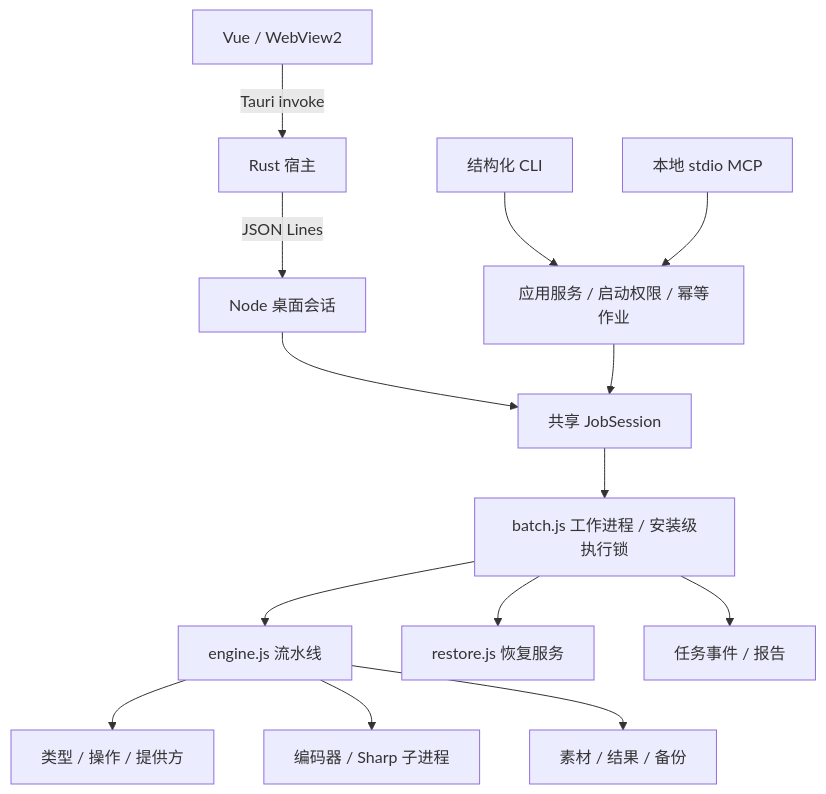
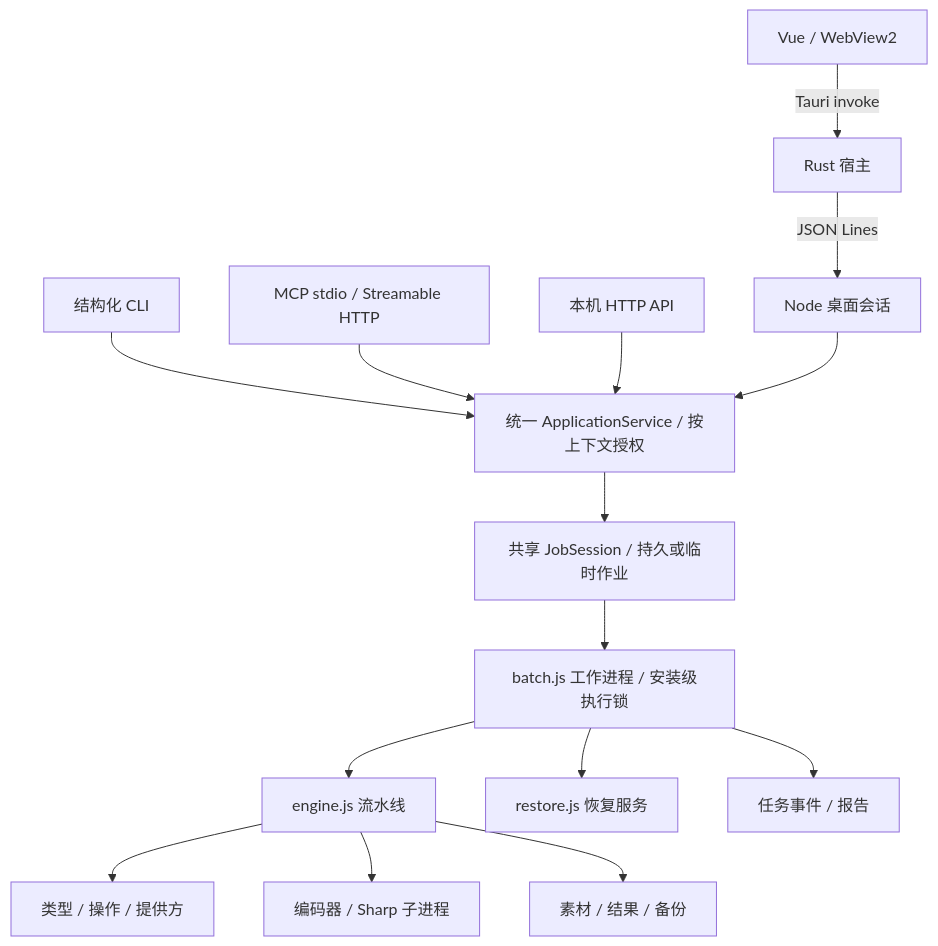
One commit to ISQIShI/AssetToolbox changed the diagram in docs/architecture/overview.md. Above: the diagram before and after it, drawn with Mermaid. The commit also changed other lines of this file and 34 other files, not shown here.

Commit message:
feat(api): 统一应用服务并扩展本机 HTTP 与 MCP 双传输

````diff
--- a/docs/architecture/overview.md
+++ b/docs/architecture/overview.md
@@ -7,16 +7,17 @@
 ```mermaid
 flowchart TD
     UI[Vue / WebView2] -->|Tauri invoke| Host[Rust 宿主]
     Host -->|JSON Lines| Bridge[Node 桌面会话]
-    CLI[结构化 CLI] --> Application[应用服务 / 启动权限 / 幂等作业]
-    MCP[本地 stdio MCP] --> Application
-    Bridge --> Session[共享 JobSession]
-    Application --> Session
+    CLI[结构化 CLI] --> Application[统一 ApplicationService / 按上下文授权]
+    MCP[MCP stdio / Streamable HTTP] --> Application
+    HTTP[本机 HTTP API] --> Application
+    Bridge --> Application
+    Application --> Session[共享 JobSession / 持久或临时作业]
     Session --> Worker[batch.js 工作进程 / 安装级执行锁]
     Worker --> Engine[engine.js 流水线]
     Engine --> Catalog[类型 / 操作 / 提供方]
     Engine --> Tool[编码器 / Sharp 子进程]
     Worker --> Restore[restore.js 恢复服务]
     Worker --> Data[任务事件 / 报告]
     Engine --> Files[素材 / 结果 / 备份]
 ```
````
